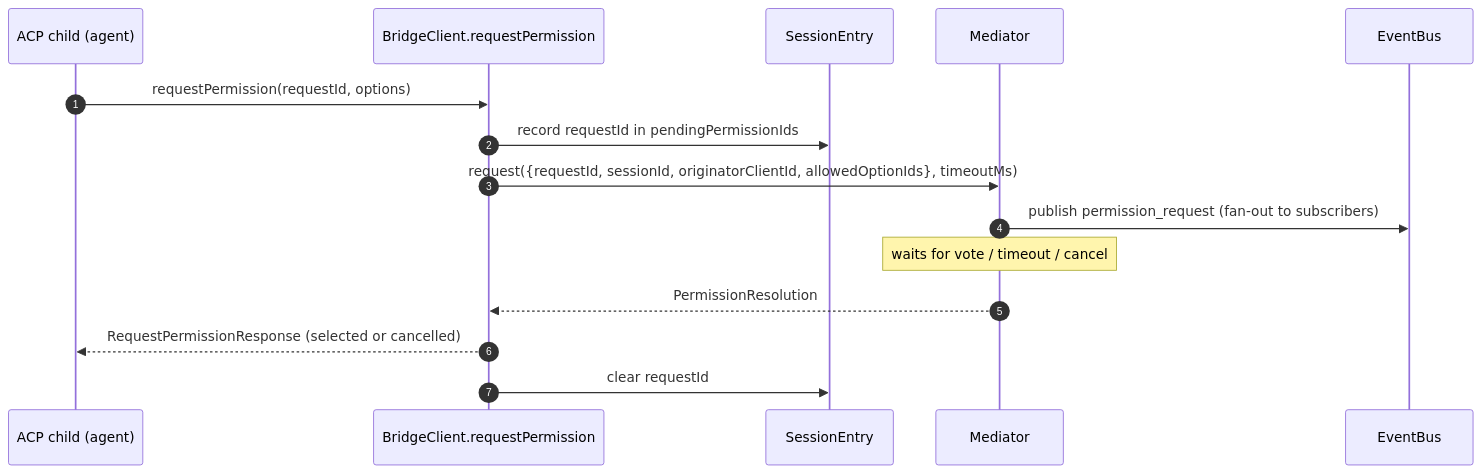
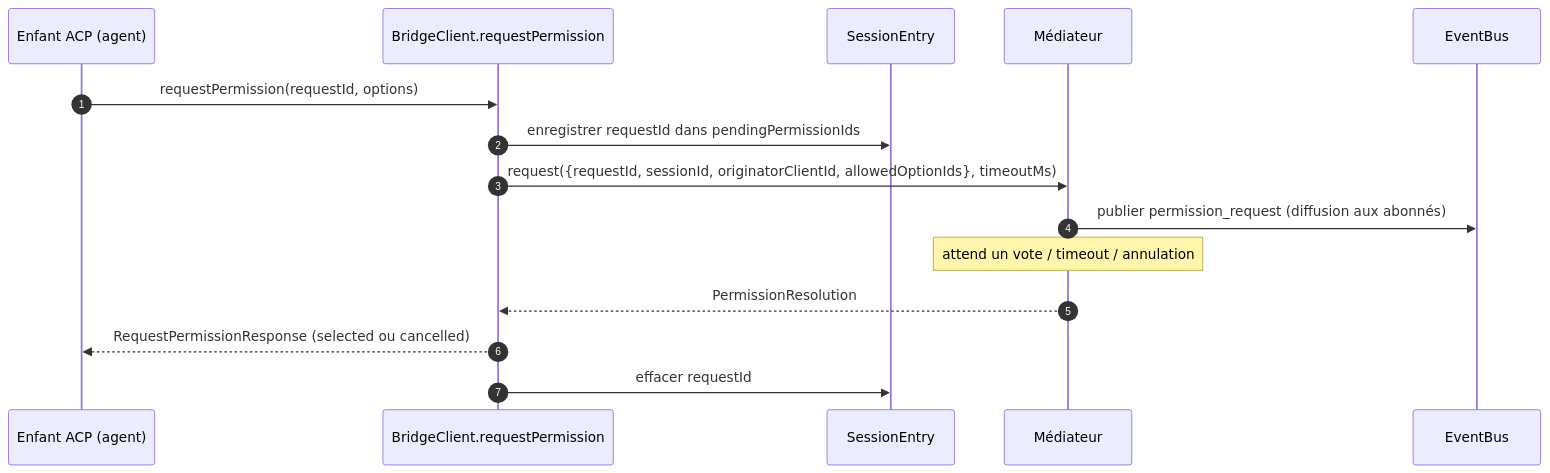
One commit to QwenLM/qwen-code-docs changed the third of 4 diagrams in website/content/fr/developers/daemon/03-acp-bridge.md. Above: the diagram before and after it, drawn with Mermaid. The commit also changed other lines of this file and 1077 other files, not shown here.

````diff
--- a/website/content/fr/developers/daemon/03-acp-bridge.md
+++ b/website/content/fr/developers/daemon/03-acp-bridge.md
@@ -120,18 +122,18 @@
 ```mermaid
 sequenceDiagram
     autonumber
-    participant ACP as ACP child (agent)
+    participant ACP as Enfant ACP (agent)
     participant BC as BridgeClient.requestPermission
     participant E as SessionEntry
-    participant M as Mediator
+    participant M as Médiateur
     participant EB as EventBus
 
     ACP->>BC: requestPermission(requestId, options)
-    BC->>E: record requestId in pendingPermissionIds
+    BC->>E: enregistrer requestId dans pendingPermissionIds
     BC->>M: request({requestId, sessionId, originatorClientId, allowedOptionIds}, timeoutMs)
-    M->>EB: publish permission_request (fan-out to subscribers)
-    Note over M: waits for vote / timeout / cancel
+    M->>EB: publier permission_request (diffusion aux abonnés)
+    Note over M: attend un vote / timeout / annulation
     M-->>BC: PermissionResolution
-    BC-->>ACP: RequestPermissionResponse (selected or cancelled)
-    BC->>E: clear requestId
+    BC-->>ACP: RequestPermissionResponse (selected ou cancelled)
+    BC->>E: effacer requestId
 ```
````
